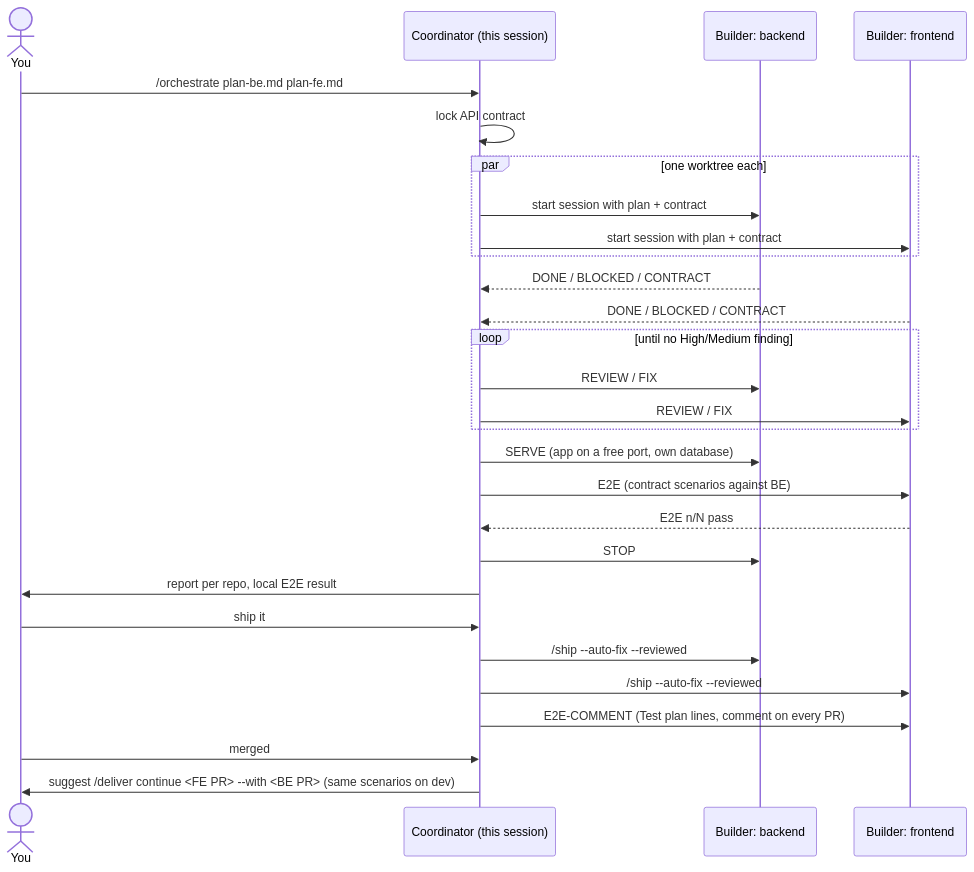
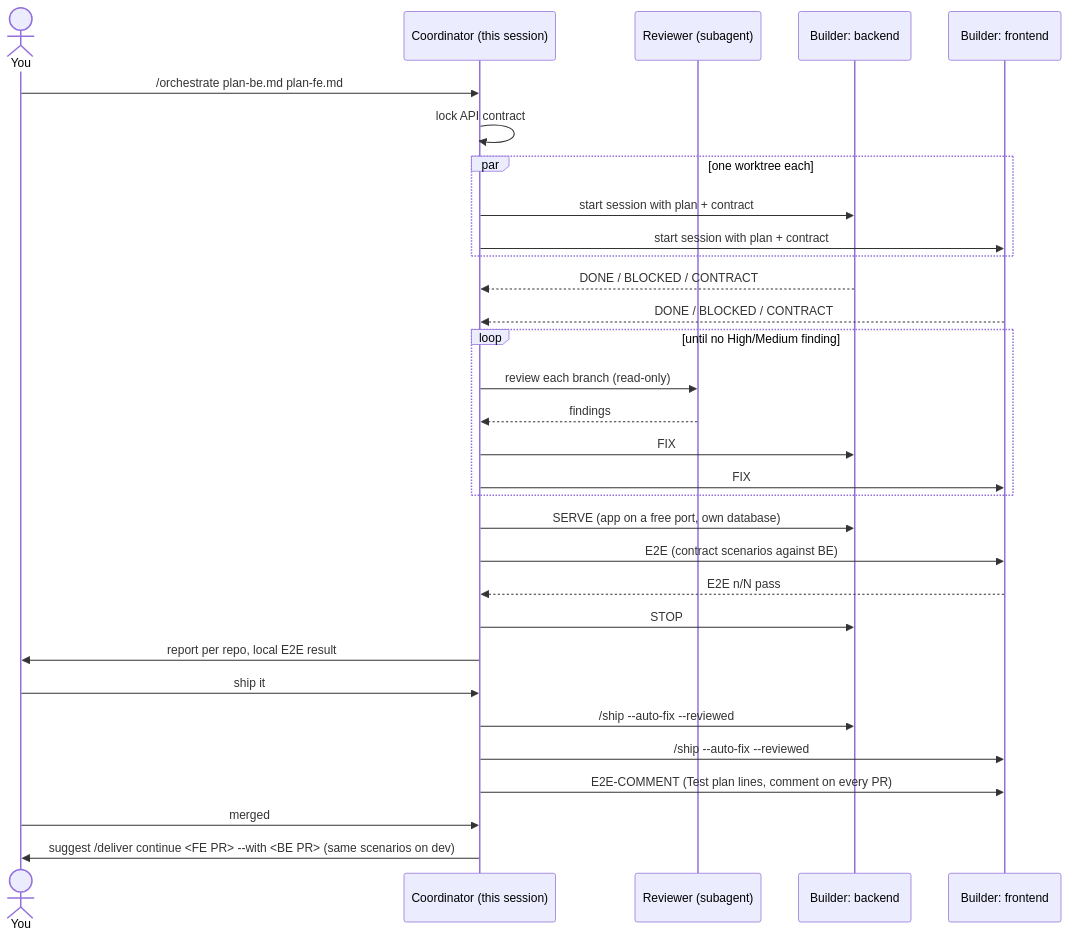
One commit to zahidakhyar/skills changed the third of 3 diagrams in README.md. Above: the diagram before and after it, drawn with Mermaid. The commit also changed other lines of this file and 2 other files, not shown here.

Commit message:
feat(orchestrate): review each branch in a coordinator subagent (#21)
* feat(orchestrate): review each branch in a coordinator subagent, child only fixes

Step 5 no longer asks the child to run /code-review on its own branch.
The coordinator spawns a fresh reviewer subagent on its own model, sends
the High and Medium findings to the child as FIX, and has a new reviewer
re-check the findings and the fix commits on the next round. The child
may dispute a finding with evidence. /security-review runs in its own
subagent because it ends the turn it runs in.

* docs: describe the coordinator-side review in README and changelog

* fix(orchestrate): reviewer replies as text, one FIX per round, model as a tier word

Findings from the pre-ship review of the new step 5: the code-review skill
reports through a tool, so the brief now demands a text reply; a rejected
dispute waits for the next reviewer instead of racing it; the Agent model
is named as the tier word; reviewer runs clean up untracked files.

````diff
--- a/README.md
+++ b/README.md
@@ -217,30 +217,33 @@
 ```mermaid
 sequenceDiagram
     actor You
     participant C as Coordinator (this session)
+    participant R as Reviewer (subagent)
     participant BE as Builder: backend
     participant FE as Builder: frontend
     You->>C: /orchestrate plan-be.md plan-fe.md
     C->>C: lock API contract
     par one worktree each
         C->>BE: start session with plan + contract
         C->>FE: start session with plan + contract
     end
     BE-->>C: DONE / BLOCKED / CONTRACT
     FE-->>C: DONE / BLOCKED / CONTRACT
     loop until no High/Medium finding
-        C->>BE: REVIEW / FIX
-        C->>FE: REVIEW / FIX
+        C->>R: review each branch (read-only)
+        R-->>C: findings
+        C->>BE: FIX
+        C->>FE: FIX
     end
     C->>BE: SERVE (app on a free port, own database)
     C->>FE: E2E (contract scenarios against BE)
     FE-->>C: E2E n/N pass
     C->>BE: STOP
     C->>You: report per repo, local E2E result
     You->>C: ship it
     C->>BE: /ship --auto-fix --reviewed
     C->>FE: /ship --auto-fix --reviewed
     C->>FE: E2E-COMMENT (Test plan lines, comment on every PR)
     You->>C: merged
     C->>You: suggest /deliver continue <FE PR> --with <BE PR> (same scenarios on dev)
 ```
````
